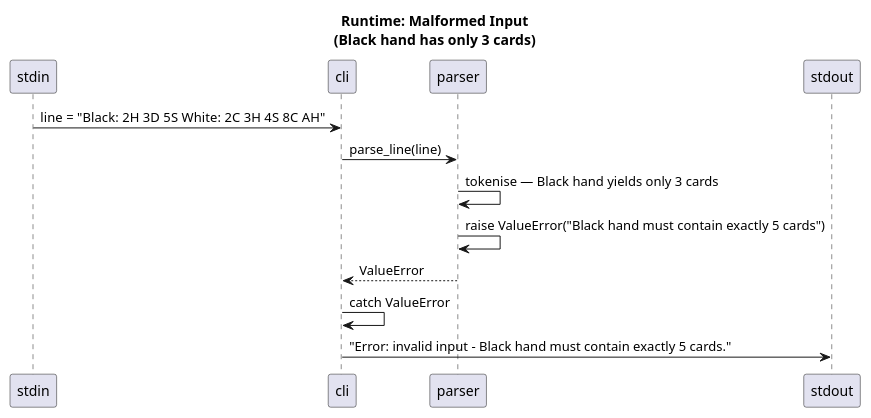
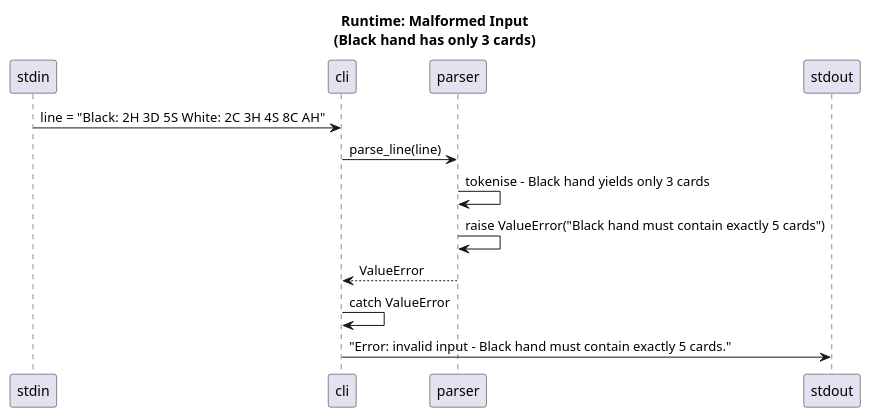
One commit to resetarp/agentic-sdlc-petar-resetar changed the diagram in architecture/diagrams/seq-malformed-input.puml. Above: the diagram before and after it, drawn with PlantUML. The commit also changed 5 other files, not shown here.

First line of the commit message:
#4 fix(architecture): extend duplicate-card check to cover both hands

```diff
--- a/architecture/diagrams/seq-malformed-input.puml
+++ b/architecture/diagrams/seq-malformed-input.puml
@@ -1,19 +1,19 @@
 @startuml seq-malformed-input
 title Runtime: Malformed Input\n(Black hand has only 3 cards)
 
 participant "stdin" as stdin
 participant "cli" as cli
 participant "parser" as parser
 participant "stdout" as stdout
 
 stdin -> cli : line = "Black: 2H 3D 5S  White: 2C 3H 4S 8C AH"
 
 cli -> parser : parse_line(line)
-parser -> parser : tokenise — Black hand yields only 3 cards
+parser -> parser : tokenise - Black hand yields only 3 cards
 parser -> parser : raise ValueError("Black hand must contain exactly 5 cards")
 parser --> cli : ValueError
 
 cli -> cli : catch ValueError
 cli -> stdout : "Error: invalid input – Black hand must contain exactly 5 cards."
 
 @enduml
```
